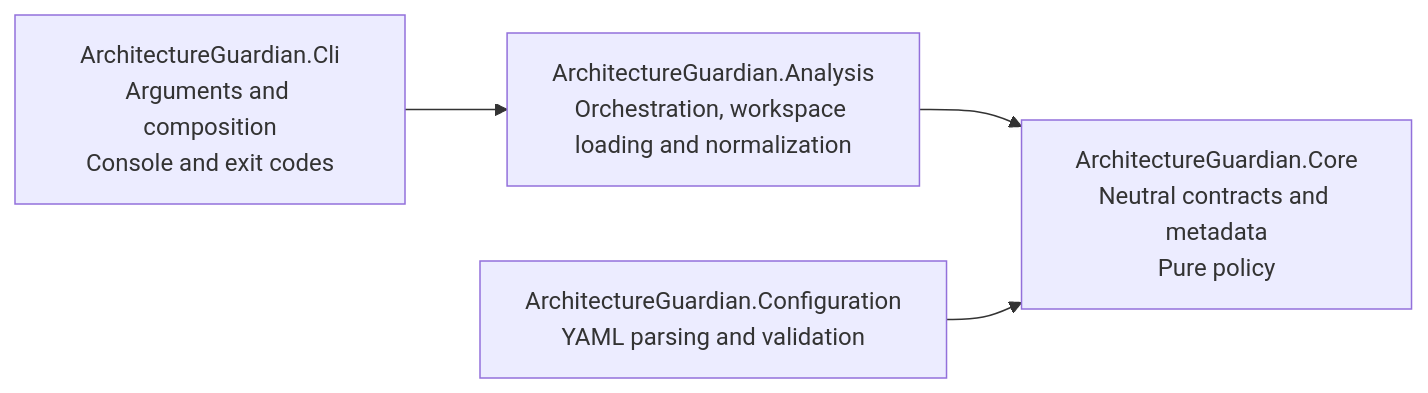
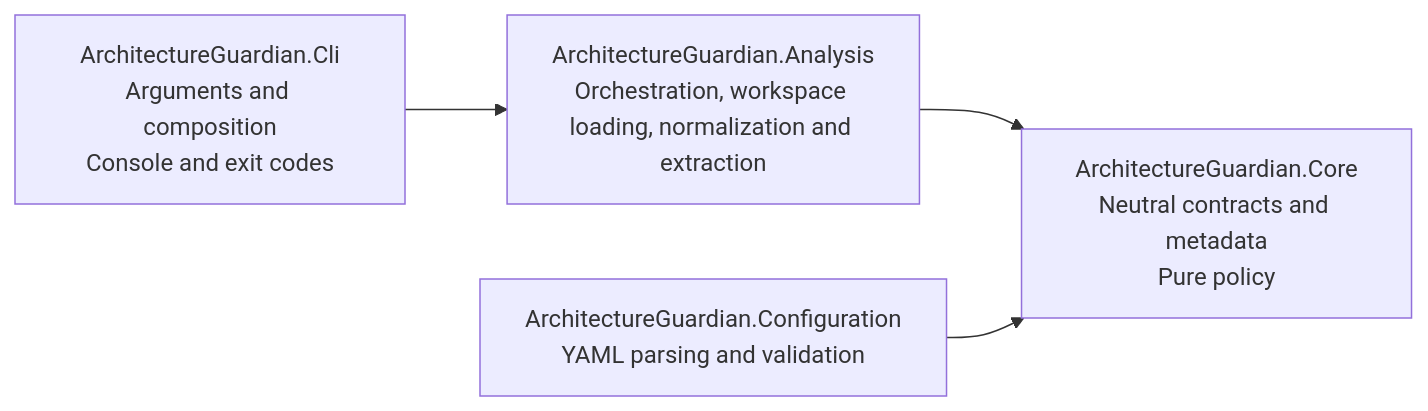
Before and after one commit to kbourzayq/arch-guard: the first of 3 diagrams in docs/architecture/overview.md, drawn with Mermaid. The commit also changed other lines of this file and 18 other files, not shown here.

First line of the commit message:
feat(analysis): extract dependency edges and evidence graph

````diff
--- a/docs/architecture/overview.md
+++ b/docs/architecture/overview.md
@@ -31,11 +31,11 @@
 ```mermaid
 flowchart LR
     Cli["ArchitectureGuardian.Cli<br/>Arguments and composition<br/>Console and exit codes"]
-    Analysis["ArchitectureGuardian.Analysis<br/>Orchestration, workspace loading and normalization"]
+    Analysis["ArchitectureGuardian.Analysis<br/>Orchestration, workspace loading, normalization and extraction"]
     Core["ArchitectureGuardian.Core<br/>Neutral contracts and metadata<br/>Pure policy"]
     Configuration["ArchitectureGuardian.Configuration<br/>YAML parsing and validation"]
 
     Cli --> Analysis
     Analysis --> Core
     Configuration --> Core
 ```
````
